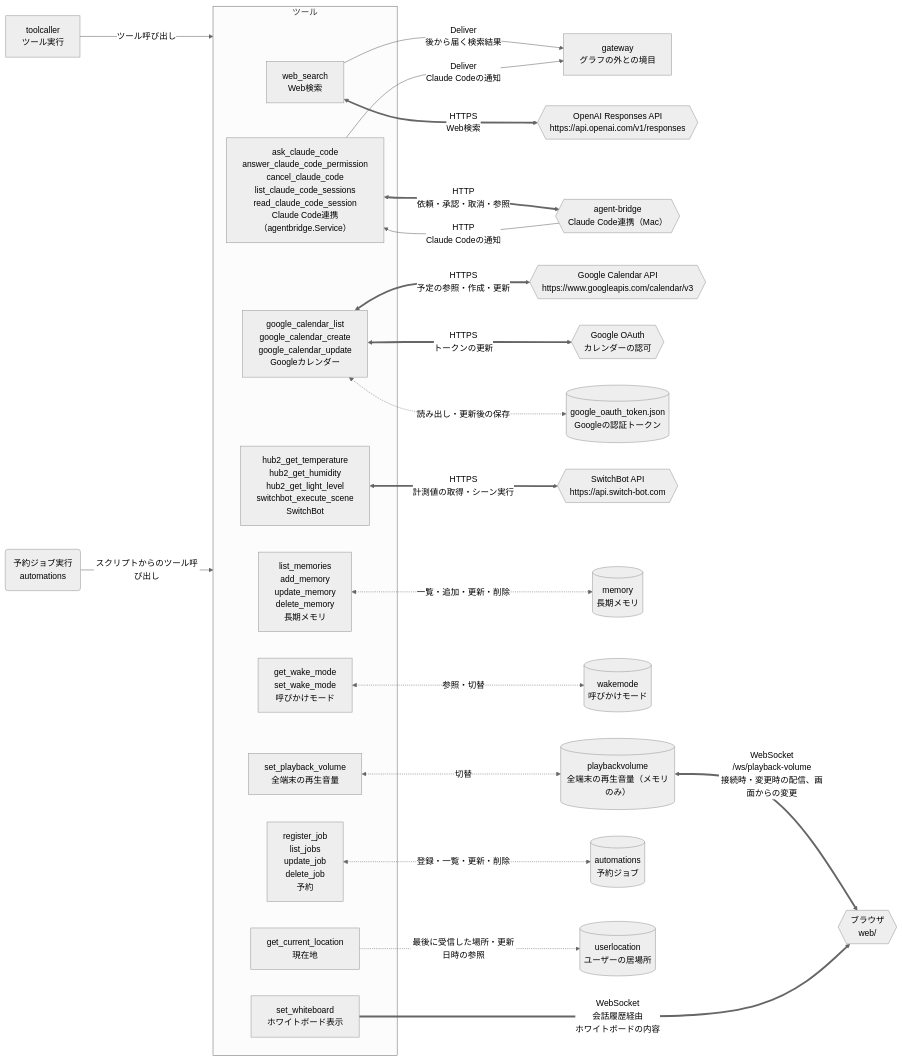
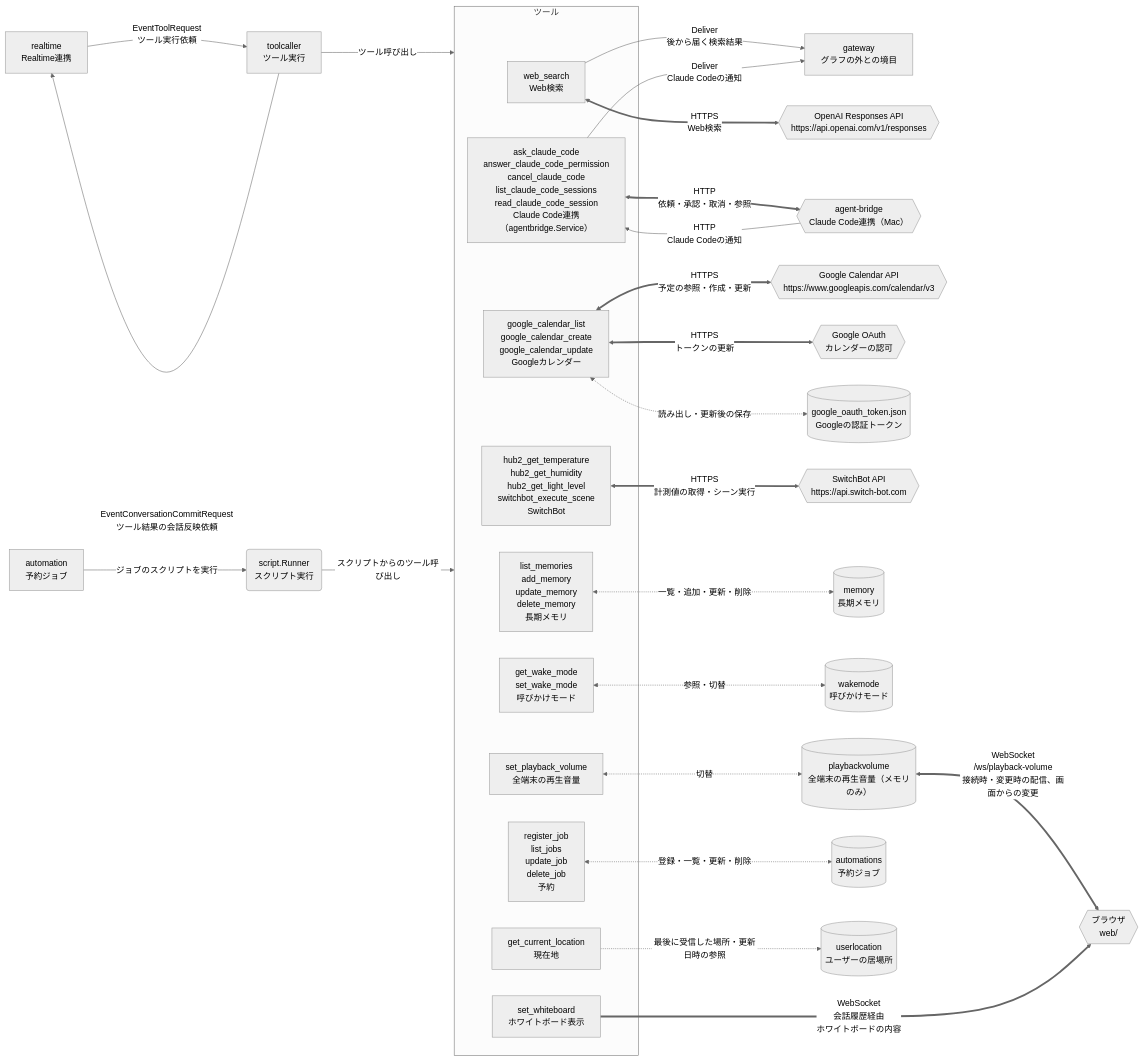
One commit to tetetratra/smart-speaker changed the third of 3 diagrams in README.md. Above: the diagram before and after it, drawn with Mermaid (neutral theme). The commit also changed other lines of this file and 22 other files, not shown here.

````diff
--- a/README.md
+++ b/README.md
@@ -161,53 +165,58 @@
 ```mermaid
 flowchart LR
+    rt["realtime<br/>Realtime連携"]
     tool["toolcaller<br/>ツール実行"]
-    scheduler("予約ジョブ実行<br/>automations")
+    scheduler["automation<br/>予約ジョブ"]
+    runner("script.Runner<br/>スクリプト実行")
     gateway["gateway<br/>グラフの外との境目"]
 
     subgraph toolset["ツール"]
         webSearchTool["web_search<br/>Web検索"]
         claudeCodeTool["ask_claude_code<br/>answer_claude_code_permission<br/>cancel_claude_code<br/>list_claude_code_sessions<br/>read_claude_code_session<br/>Claude Code連携（agentbridge.Service）"]
         calendarTool["google_calendar_list<br/>google_calendar_create<br/>google_calendar_update<br/>Googleカレンダー"]
         switchBotTool["hub2_get_temperature<br/>hub2_get_humidity<br/>hub2_get_light_level<br/>switchbot_execute_scene<br/>SwitchBot"]
         memoryTool["list_memories<br/>add_memory<br/>update_memory<br/>delete_memory<br/>長期メモリ"]
         wakeModeTool["get_wake_mode<br/>set_wake_mode<br/>呼びかけモード"]
         volumeTool["set_playback_volume<br/>全端末の再生音量"]
         automationTool["register_job<br/>list_jobs<br/>update_job<br/>delete_job<br/>予約"]
         whiteboardTool["set_whiteboard<br/>ホワイトボード表示"]
         locationTool["get_current_location<br/>現在地"]
     end
 
 
     openaiResponses{{"OpenAI Responses API<br/>https://api.openai.com/v1/responses"}}
     agentBridge{{"agent-bridge<br/>Claude Code連携（Mac）"}}
     googleCalendar{{"Google Calendar API<br/>https://www.googleapis.com/calendar/v3"}}
     googleOAuth{{"Google OAuth<br/>カレンダーの認可"}}
     googleTokenStore[("google_oauth_token.json<br/>Googleの認証トークン")]
     switchBot{{"SwitchBot API<br/>https://api.switch-bot.com"}}
     memoryStore[("memory<br/>長期メモリ")]
     wakeModeStore[("wakemode<br/>呼びかけモード")]
     volumeStore[("playbackvolume<br/>全端末の再生音量（メモリのみ）")]
     automationStore[("automations<br/>予約ジョブ")]
     locationStore[("userlocation<br/>ユーザーの居場所")]
     browser{{"ブラウザ<br/>web/"}}
 
+    rt -->|"EventToolRequest<br/>ツール実行依頼"| tool
+    tool -->|"EventConversationCommitRequest<br/>ツール結果の会話反映依頼"| rt
     tool -->|"ツール呼び出し"| toolset
-    scheduler -->|"スクリプトからのツール呼び出し"| toolset
+    scheduler -->|"ジョブのスクリプトを実行"| runner
+    runner -->|"スクリプトからのツール呼び出し"| toolset
 
     webSearchTool <==>|"HTTPS<br/>Web検索"| openaiResponses
     webSearchTool -->|"Deliver<br/>後から届く検索結果"| gateway
     claudeCodeTool <==>|"HTTP<br/>依頼・承認・取消・参照"| agentBridge
     agentBridge -->|"HTTP<br/>Claude Codeの通知"| claudeCodeTool
     claudeCodeTool -->|"Deliver<br/>Claude Codeの通知"| gateway
     calendarTool <==>|"HTTPS<br/>予定の参照・作成・更新"| googleCalendar
     calendarTool <-.->|"読み出し・更新後の保存"| googleTokenStore
     calendarTool <==>|"HTTPS<br/>トークンの更新"| googleOAuth
     switchBotTool <==>|"HTTPS<br/>計測値の取得・シーン実行"| switchBot
     memoryTool <-.->|"一覧・追加・更新・削除"| memoryStore
     wakeModeTool <-.->|"参照・切替"| wakeModeStore
     volumeTool <-.->|"切替"| volumeStore
     volumeStore <==>|"WebSocket<br/>/ws/playback-volume<br/>接続時・変更時の配信、画面からの変更"| browser
     automationTool <-.->|"登録・一覧・更新・削除"| automationStore
     locationTool -.->|"最後に受信した場所・更新日時の参照"| locationStore
     whiteboardTool ==>|"WebSocket<br/>会話履歴経由<br/>ホワイトボードの内容"| browser
 ```
````
